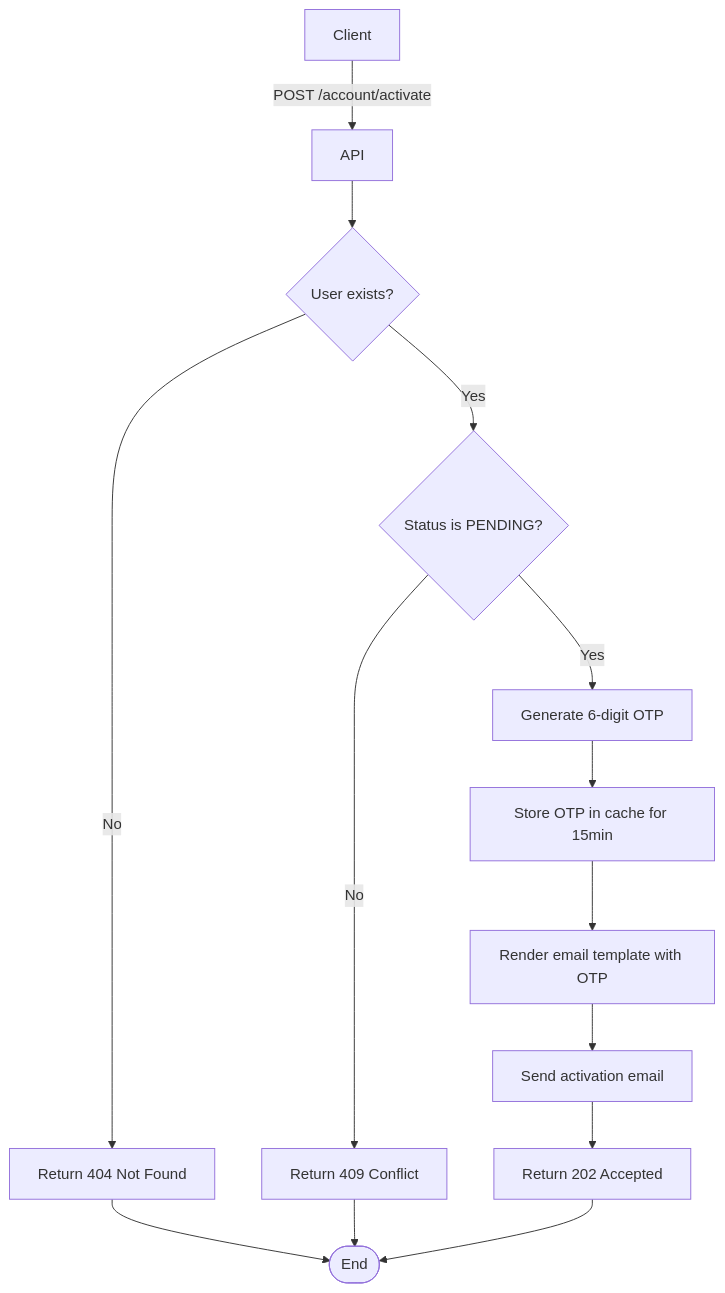
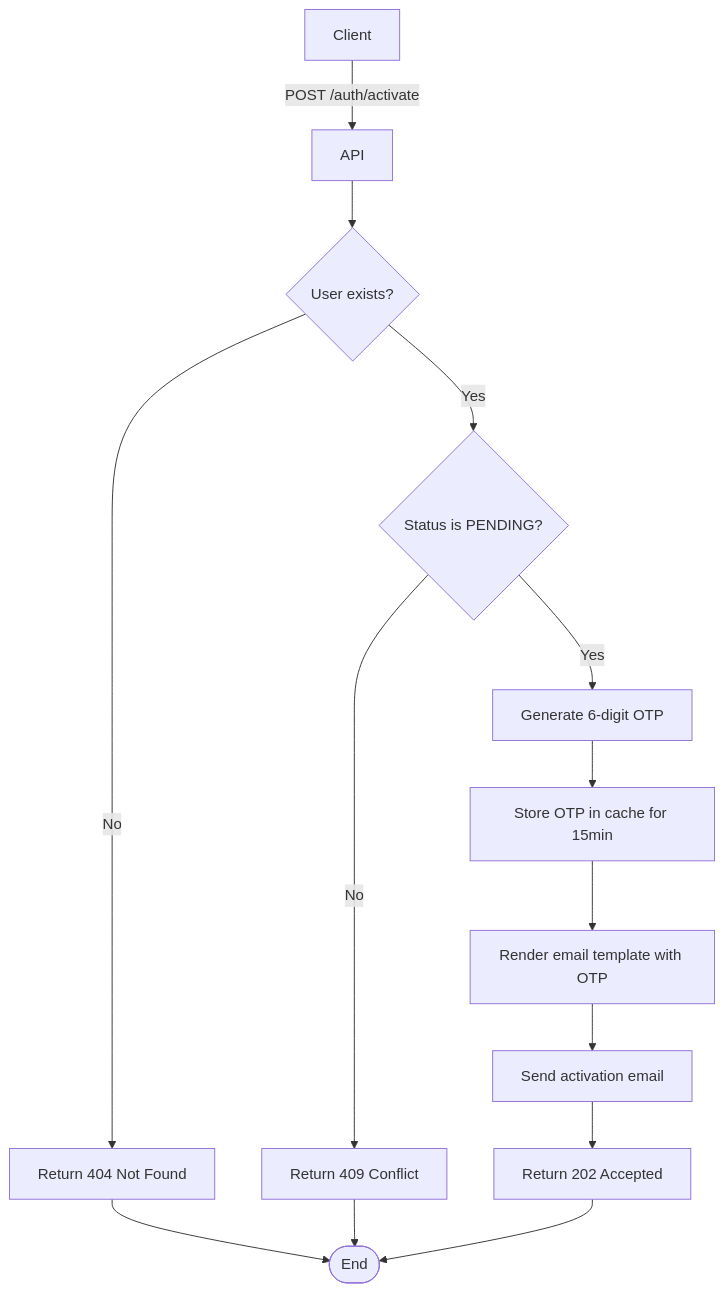
Before and after one commit to leandroluk/investor: the diagram in apps/doc/src/content/api/auth/send-activation-email.mdx, drawn with Mermaid. The commit also changed other lines of this file and 132 other files, not shown here.

````diff
--- a/apps/doc/src/content/api/auth/send-activation-email.mdx
+++ b/apps/doc/src/content/api/auth/send-activation-email.mdx
@@ -29,16 +29,16 @@
 ```mermaid
 flowchart TD
-    A["Client"] -- "POST /account/activate" --> B["API"]
+    A["Client"] -- "POST /auth/activate" --> B["API"]
     B --> C{"User exists?"}
     C -- "No" --> D["Return 404 Not Found"]
     D --> End([End])
     C -- "Yes" --> E{"Status is PENDING?"}
     E -- "No" --> F["Return 409 Conflict"]
     F --> End
     E -- "Yes" --> G["Generate 6-digit OTP"]
     G --> H["Store OTP in cache for 15min"]
     H --> I["Render email template with OTP"]
     I --> J["Send activation email"]
     J --> K["Return 202 Accepted"]
     K --> End
 ```
````
